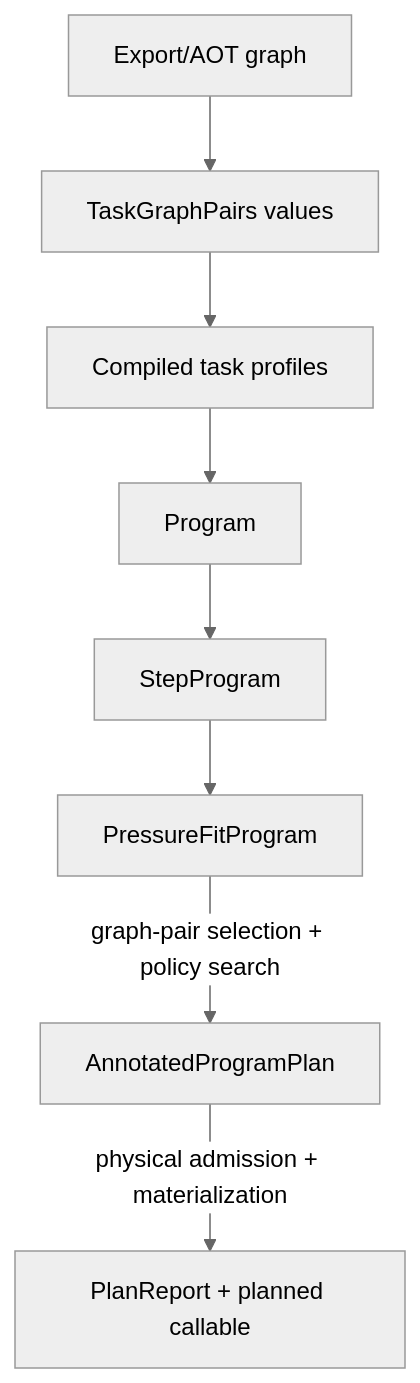
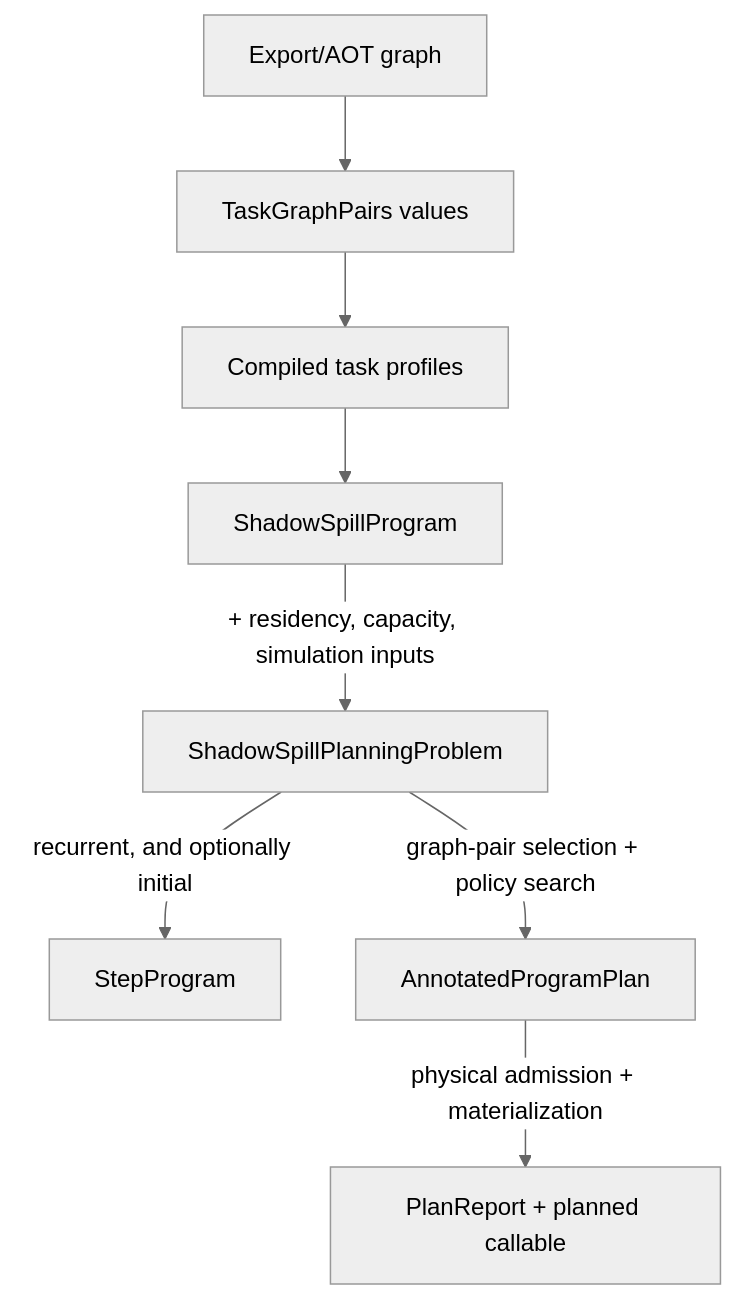
One commit to als244/shadowspill changed the second of 3 diagrams in docs/architecture/overview.md. Above: the diagram before and after it, drawn with Mermaid (neutral theme). The commit also changed other lines of this file and 90 other files, not shown here.

````diff
--- a/docs/architecture/overview.md
+++ b/docs/architecture/overview.md
@@ -109,19 +121,19 @@
 ```mermaid
 flowchart TD
     capture["Export/AOT graph"]
     pairs["TaskGraphPairs values"]
     profile["Compiled task profiles"]
-    program["Program"]
+    program["ShadowSpillProgram"]
+    inputs["ShadowSpillPlanningProblem"]
     step["StepProgram"]
-    pressure["PressureFitProgram"]
     annotated["AnnotatedProgramPlan"]
     report["PlanReport + planned callable"]
 
     capture --> pairs
     pairs --> profile
     profile --> program
-    program --> step
-    step --> pressure
-    pressure -->|"graph-pair selection + policy search"| annotated
+    program -->|"+ residency, capacity, simulation inputs"| inputs
+    inputs -->|"recurrent, and optionally initial"| step
+    inputs -->|"graph-pair selection + policy search"| annotated
     annotated -->|"physical admission + materialization"| report
 ```
````
